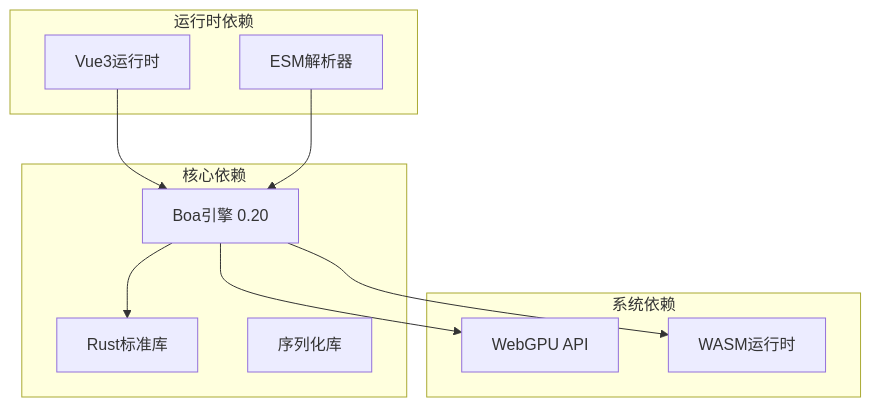
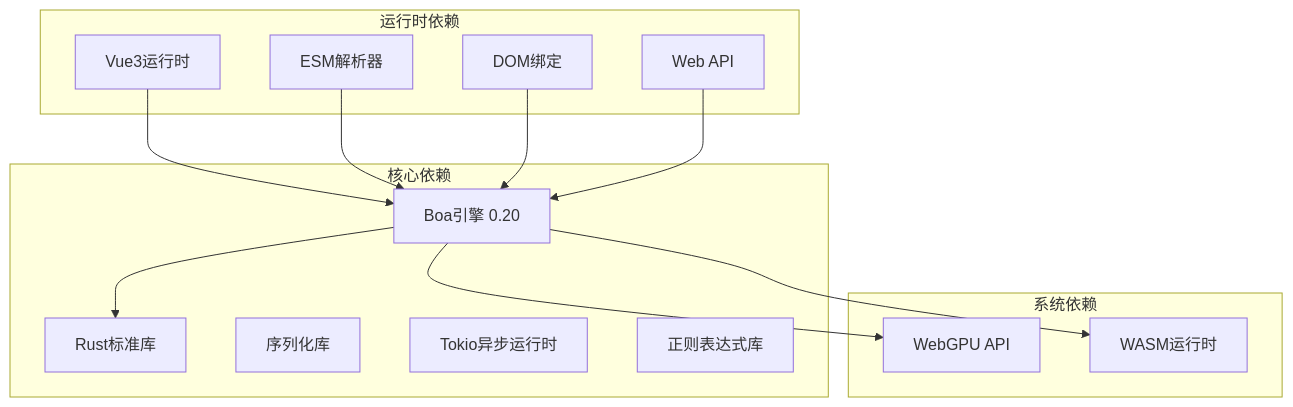
One commit to itszzl-sudo/iris changed diagram 12 of 14 in .qoder/repowiki/zh/content/技术架构详解/JS沙箱运行时.md. Above: the diagram before and after it, drawn with Mermaid. The commit also changed other lines of this file and 10 other files, not shown here.

````diff
--- a/.qoder/repowiki/zh/content/技术架构详解/JS沙箱运行时.md
+++ b/.qoder/repowiki/zh/content/技术架构详解/JS沙箱运行时.md
@@ -335,21 +495,27 @@
 ```mermaid
 graph TB
 subgraph "核心依赖"
 Boa[Boa引擎 0.20]
 RustStd[Rust标准库]
 Serde[序列化库]
+Tokio[Tokio异步运行时]
+Regex[正则表达式库]
 end
 subgraph "运行时依赖"
 Vue3[Vue3运行时]
 ESM[ESM解析器]
+DOM[DOM绑定]
+WebAPI[Web API]
 end
 subgraph "系统依赖"
 WebGPU[WebGPU API]
 Wasm[WASM运行时]
 end
 Boa --> RustStd
 Vue3 --> Boa
 ESM --> Boa
+DOM --> Boa
+WebAPI --> Boa
 Boa --> WebGPU
 Boa --> Wasm
 ```
````
